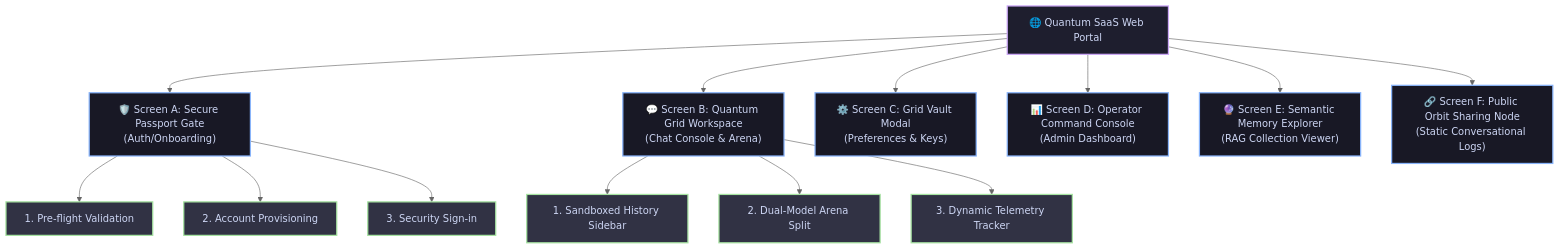
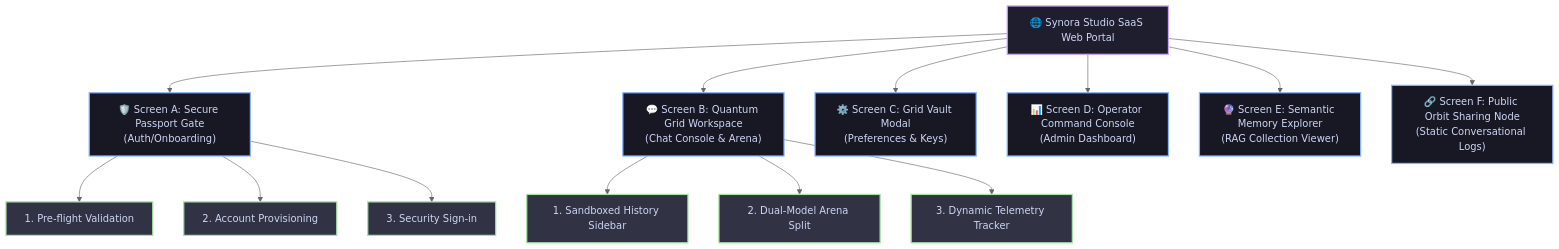
Before and after one commit to Arean82/llm_chat_app: the fourth of 4 diagrams in WORKING_DOCUMENT_V8_ATTAINMENT.md, drawn with Mermaid (neutral theme). The commit also changed other lines of this file and 61 other files, not shown here.

Commit message:
feat: rebrand project to Synora Studio, restructure desktop UI, and add multi-tenant driver support

````diff
--- a/WORKING_DOCUMENT_V8_ATTAINMENT.md
+++ b/WORKING_DOCUMENT_V8_ATTAINMENT.md
@@ -428,23 +428,23 @@
 ```mermaid
 flowchart TD
     classDef main fill:#1e1e2e,stroke:#cba6f7,stroke-width:2px,color:#cdd6f4;
     classDef screen fill:#181825,stroke:#89b4fa,stroke-width:2px,color:#cdd6f4;
     classDef sub fill:#313244,stroke:#a6e3a1,stroke-width:2px,color:#cdd6f4;
 
-    App["🌐 Quantum SaaS Web Portal"]:::main
+    App["🌐 Synora Studio SaaS Web Portal"]:::main
   
     App --> S1["🛡️ Screen A: Secure Passport Gate<br>(Auth/Onboarding)"]:::screen
     App --> S2["💬 Screen B: Quantum Grid Workspace<br>(Chat Console & Arena)"]:::screen
     App --> S3["⚙️ Screen C: Grid Vault Modal<br>(Preferences & Keys)"]:::screen
     App --> S4["📊 Screen D: Operator Command Console<br>(Admin Dashboard)"]:::screen
     App --> S5["🔮 Screen E: Semantic Memory Explorer<br>(RAG Collection Viewer)"]:::screen
     App --> S6["🔗 Screen F: Public Orbit Sharing Node<br>(Static Conversational Logs)"]:::screen
 
     S1 --> S1a["1. Pre-flight Validation"]:::sub
     S1 --> S1b["2. Account Provisioning"]:::sub
     S1 --> S1c["3. Security Sign-in"]:::sub
   
     S2 --> S2a["1. Sandboxed History Sidebar"]:::sub
     S2 --> S2b["2. Dual-Model Arena Split"]:::sub
     S2 --> S2c["3. Dynamic Telemetry Tracker"]:::sub
 ```
````
